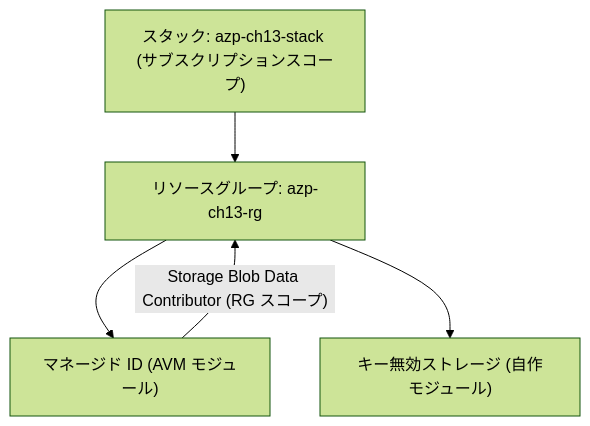
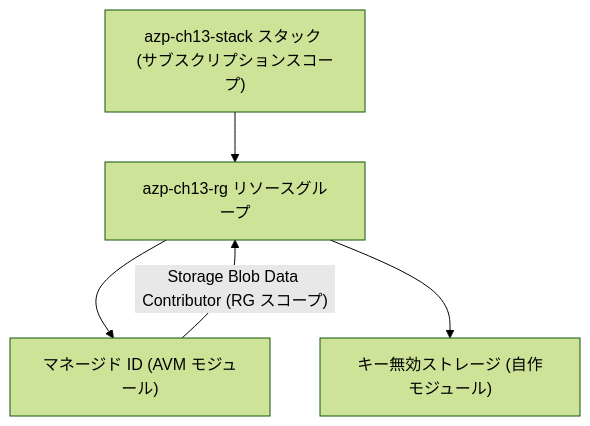
The diagram in manuscript/part3/13-hands-on-iac.md (engineers-hub-ltd-in-house-project/azure-practice), drawn with Mermaid (forest theme) before and after one commit. The commit also changed 5 other files, not shown here.

First line of the commit message:
docs: 全章の図のノード表記を後置形式に統一する

````diff
--- a/manuscript/part3/13-hands-on-iac.md
+++ b/manuscript/part3/13-hands-on-iac.md
@@ -9,8 +9,8 @@
 ```mermaid
 flowchart TB
-  STK["スタック: azp-ch13-stack (サブスクリプションスコープ)"]
-  STK --> RG["リソースグループ: azp-ch13-rg"]
+  STK["azp-ch13-stack スタック (サブスクリプションスコープ)"]
+  STK --> RG["azp-ch13-rg リソースグループ"]
   RG --> ID["マネージド ID (AVM モジュール)"]
   RG --> ST["キー無効ストレージ (自作モジュール)"]
   ID -->|"Storage Blob Data Contributor (RG スコープ)"| RG
 ```
````
